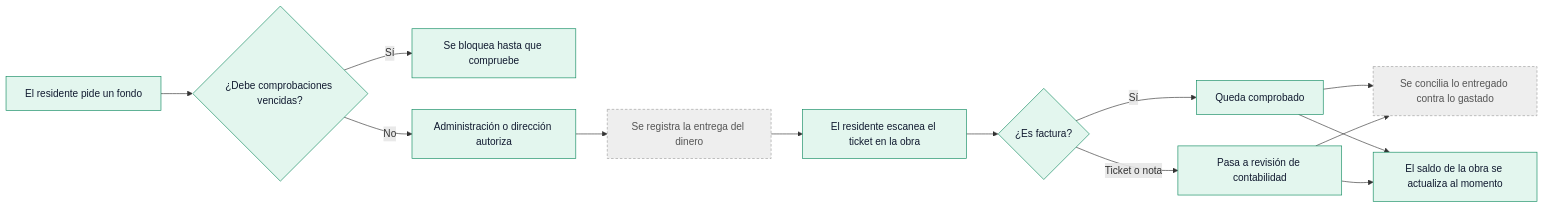
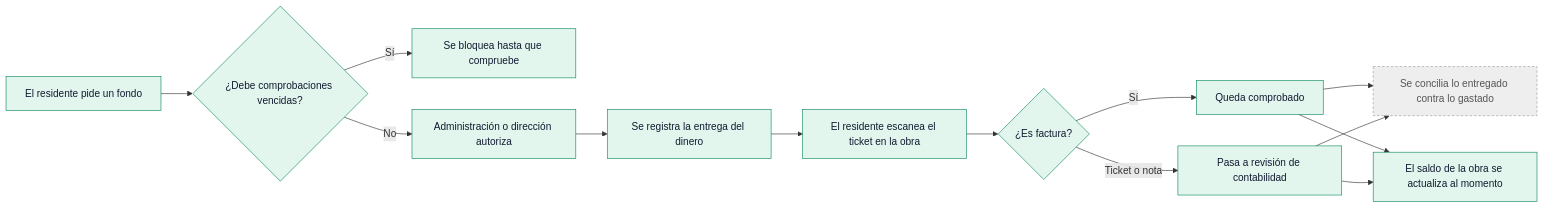
The diagram in docs/CIERRE_ITERACION.md (nalgothics-organization/AdminGastosCajaChica), drawn with Mermaid before and after one commit. The commit also changed other lines of this file and 1 other file, not shown here.

````diff
--- a/docs/CIERRE_ITERACION.md
+++ b/docs/CIERRE_ITERACION.md
@@ -109,21 +111,22 @@
 ```mermaid
 flowchart LR
   classDef hecho fill:#e3f6ee,stroke:#0f8a5f,color:#111a30
   classDef propuesta fill:#eeeeee,stroke:#9e9e9e,color:#555555,stroke-dasharray:4 3
 
   A["El residente pide un fondo"] --> B{"¿Debe comprobaciones vencidas?"}
   B -- "Sí" --> X["Se bloquea hasta que compruebe"]
   B -- "No" --> C["Administración o dirección autoriza"]
   C --> D["Se registra la entrega del dinero"]
   D --> E["El residente escanea el ticket en la obra"]
   E --> F{"¿Es factura?"}
   F -- "Sí" --> G["Queda comprobado"]
   F -- "Ticket o nota" --> H["Pasa a revisión de contabilidad"]
   G --> I["Se concilia lo entregado contra lo gastado"]
   H --> I
   G --> J["El saldo de la obra se actualiza al momento"]
   H --> J
 
   class A,B,X,C,E,F,G,H,J hecho
-  class D,I propuesta
+  class I propuesta
+  class D hecho
 ```
````
